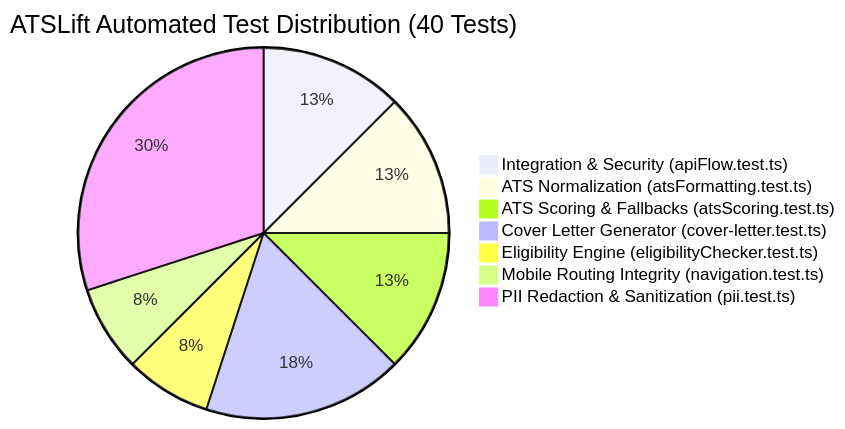
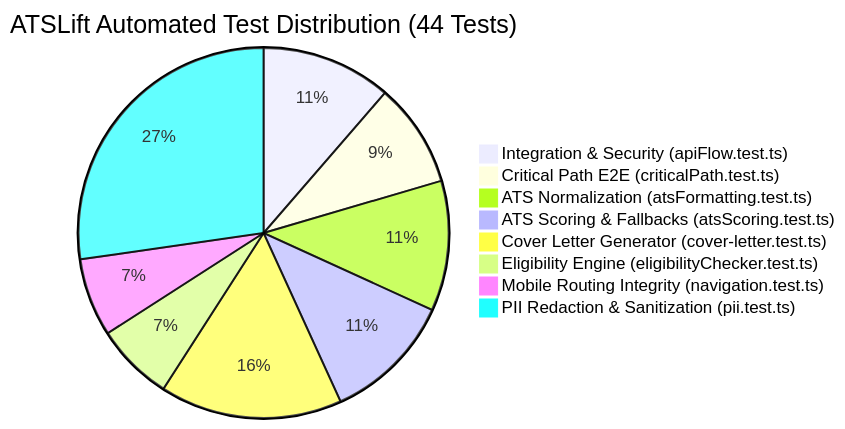
One commit to Nithin1138/ResumeForge changed the diagram in doc/testing-strategy.md. Above: the diagram before and after it, drawn with Mermaid. The commit also changed other lines of this file and 6 other files, not shown here.

Commit message:
feat: complete 90+ rubric with critical path tests, AI metrics dashboard, load proof, and architectural trade-offs

````diff
--- a/doc/testing-strategy.md
+++ b/doc/testing-strategy.md
@@ -21,10 +21,11 @@
 ```mermaid
-pie title ATSLift Automated Test Distribution (40 Tests)
+pie title ATSLift Automated Test Distribution (44 Tests)
     "Integration & Security (apiFlow.test.ts)" : 5
+    "Critical Path E2E (criticalPath.test.ts)" : 4
     "ATS Normalization (atsFormatting.test.ts)" : 5
     "ATS Scoring & Fallbacks (atsScoring.test.ts)" : 5
     "Cover Letter Generator (cover-letter.test.ts)" : 7
     "Eligibility Engine (eligibilityChecker.test.ts)" : 3
     "Mobile Routing Integrity (navigation.test.ts)" : 3
     "PII Redaction & Sanitization (pii.test.ts)" : 12
 ```
````
